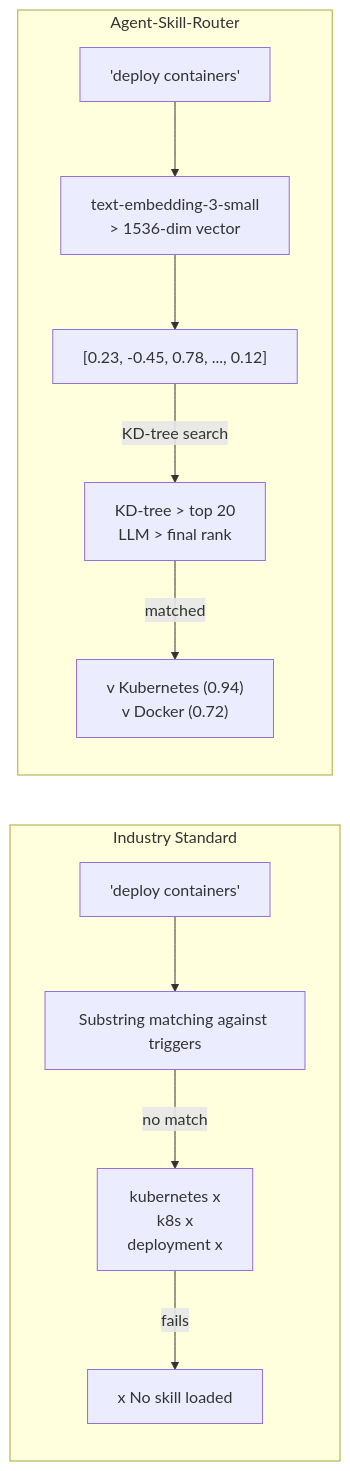
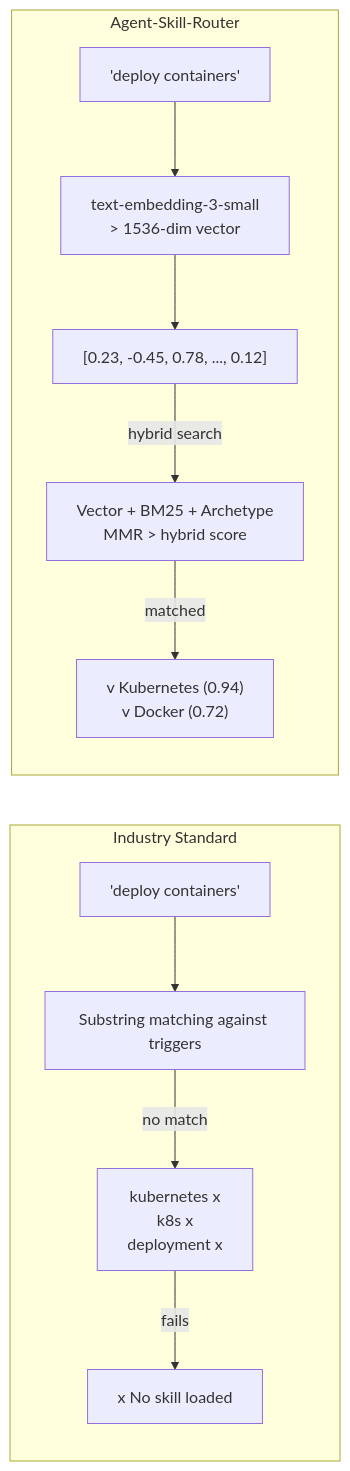
The fifth of 10 diagrams in docs/skill-evolution.md (paulpas/agent-skill-router), drawn with Mermaid before and after one commit. The commit also changed other lines of this file and 6 other files, not shown here.

````diff
--- a/docs/skill-evolution.md
+++ b/docs/skill-evolution.md
@@ -297,17 +297,17 @@
 ```mermaid
 flowchart LR
     subgraph Industry["Industry Standard"]
         direction TB
         I1["'deploy containers'"] --> I2["Substring matching against triggers"]
         I2 -->|"no match"| I3["kubernetes x<br/>k8s x<br/>deployment x"]
         I3 -->|"fails"| I4["x No skill loaded"]
     end
     
     subgraph Router["Agent-Skill-Router"]
         direction TB
         R1["'deploy containers'"] --> R2["text-embedding-3-small<br/>> 1536-dim vector"]
         R2 --> R3["[0.23, -0.45, 0.78, ..., 0.12]"]
-        R3 -->|"KD-tree search"| R4["KD-tree > top 20<br/>LLM > final rank"]
+        R3 -->|"hybrid search"| R4["Vector + BM25 + Archetype<br/>MMR > hybrid score"]
         R4 -->|"matched"| R5["v Kubernetes (0.94)<br/>v Docker (0.72)"]
     end
 ```
````
